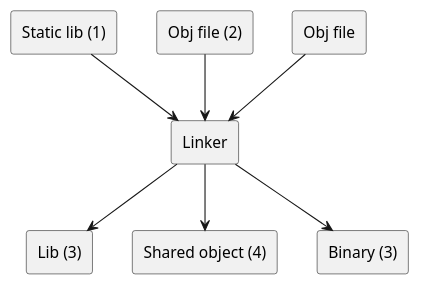
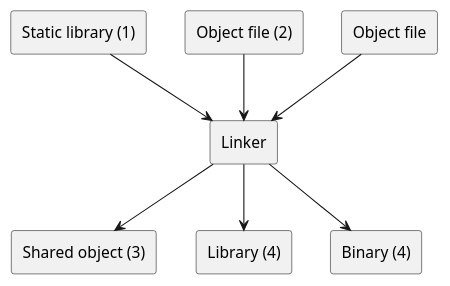
The diagram in _drafts/embedding-other-languages.adoc (unexist/blog), drawn with PlantUML before and after one commit. The commit also changed other lines of this file, not shown here.

```diff
--- a/_drafts/embedding-other-languages.adoc
+++ b/_drafts/embedding-other-languages.adoc
@@ -125,18 +125,18 @@
 [plantuml]
 ----
-rectangle "Static lib (1)" as lib1
-rectangle "Obj file (2)" as obj1
-rectangle "Obj file" as obj2
+rectangle "Static library (1)" as lib1
+rectangle "Object file (2)" as obj1
+rectangle "Object file" as obj2
 rectangle "Linker" as linker
-rectangle "Lib (3)" as lib3
-rectangle "Shared object (4)" as so
-rectangle "Binary (3)" as bin
+rectangle "Shared object (3)" as so
+rectangle "Library (4)" as lib3
+rectangle "Binary (4)" as bin
 
 lib1 --> linker
 obj1 --> linker
 obj2 --> linker
 
 linker --> lib3
 linker --> so
 linker --> bin
 ----
```
